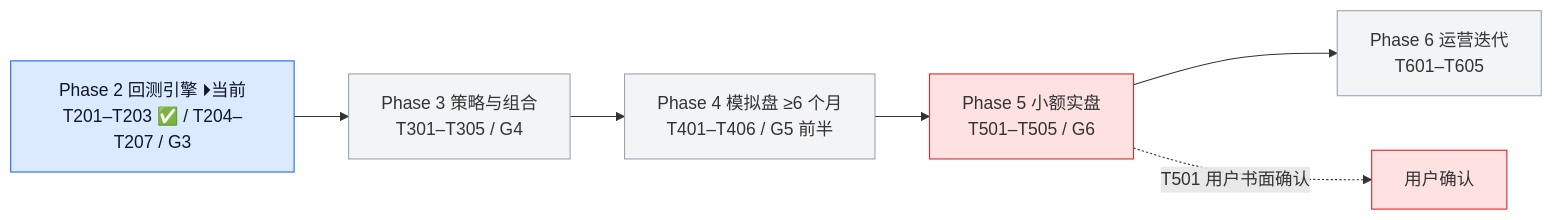
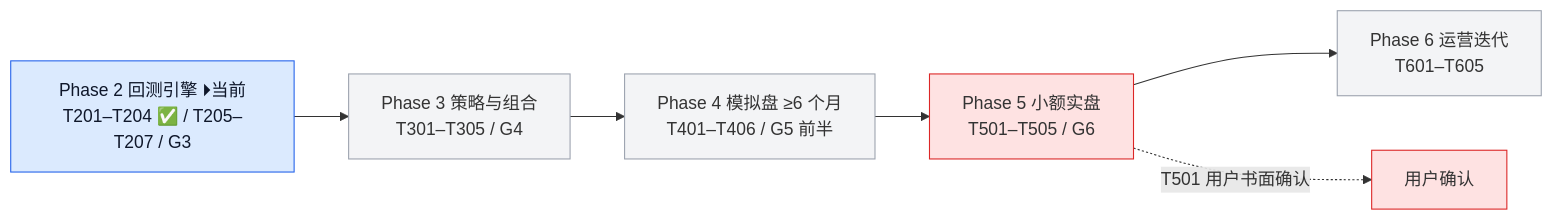
The fourth of 4 diagrams in docs/project_status_flowchart.md (YZml1507/FinAI2.0), drawn with Mermaid before and after one commit. The commit also changed other lines of this file and 3 other files, not shown here.

Commit message:
docs: T204 状态标记 — CLAUDE.md §0/§5/§7 + spec 快照同步（research-finai 25ce4fc）+ 流程图（T204 ✅ / 370 绿 / 当前位 T205）

````diff
--- a/docs/project_status_flowchart.md
+++ b/docs/project_status_flowchart.md
@@ -74,14 +74,14 @@
 ```mermaid
 flowchart LR
-  P2[Phase 2 回测引擎 ⏵当前<br/>T201–T203 ✅ / T204–T207 / G3] --> P3[Phase 3 策略与组合<br/>T301–T305 / G4]
+  P2[Phase 2 回测引擎 ⏵当前<br/>T201–T204 ✅ / T205–T207 / G3] --> P3[Phase 3 策略与组合<br/>T301–T305 / G4]
   P3 --> P4[Phase 4 模拟盘 ≥6 个月<br/>T401–T406 / G5 前半]
   P4 --> P5[Phase 5 小额实盘<br/>T501–T505 / G6]
   P5 --> P6[Phase 6 运营迭代<br/>T601–T605]
   P5 -.->|T501 用户书面确认| USER[用户确认]
   style P2 fill:#dbeafe,stroke:#2563eb,color:#0f172a
   style P3 fill:#f3f4f6,stroke:#9ca3af
   style P4 fill:#f3f4f6,stroke:#9ca3af
   style P5 fill:#fee2e2,stroke:#dc2626
   style P6 fill:#f3f4f6,stroke:#9ca3af
   style USER fill:#fee2e2,stroke:#dc2626
 ```
````
